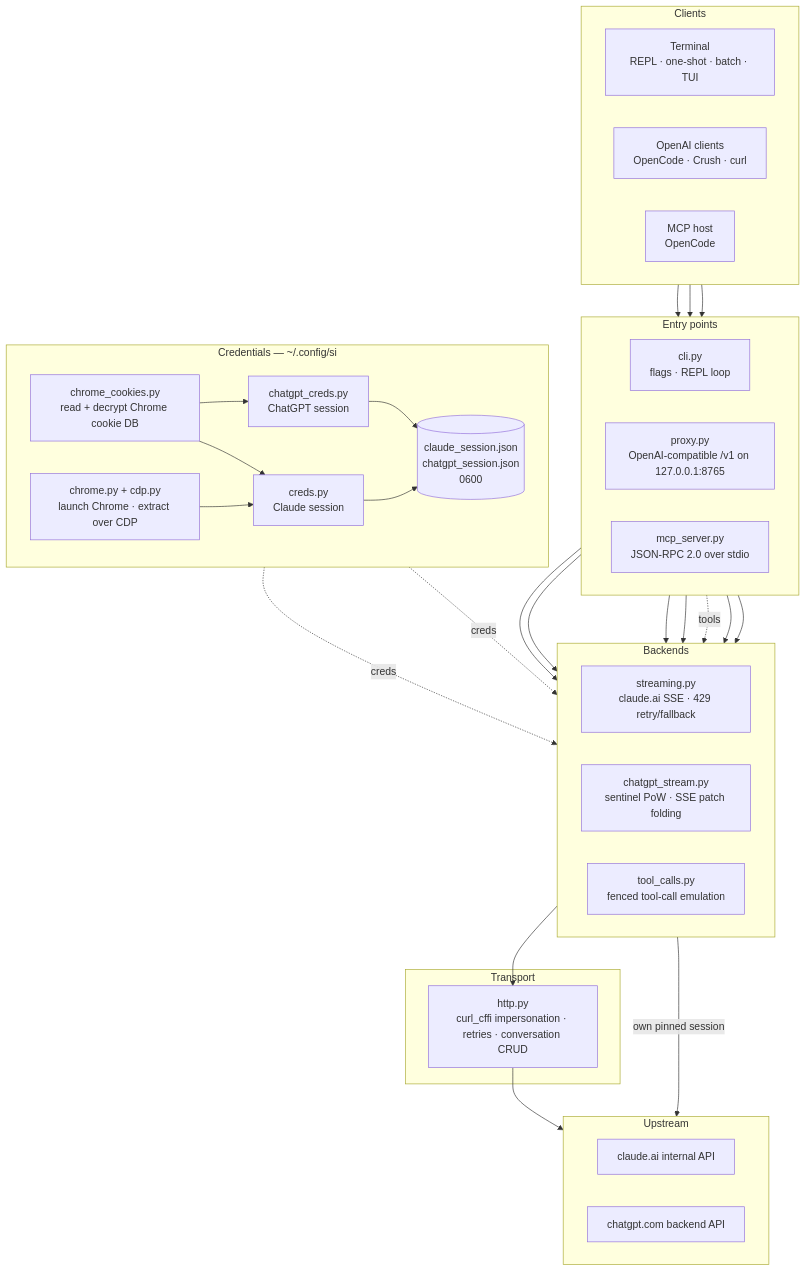
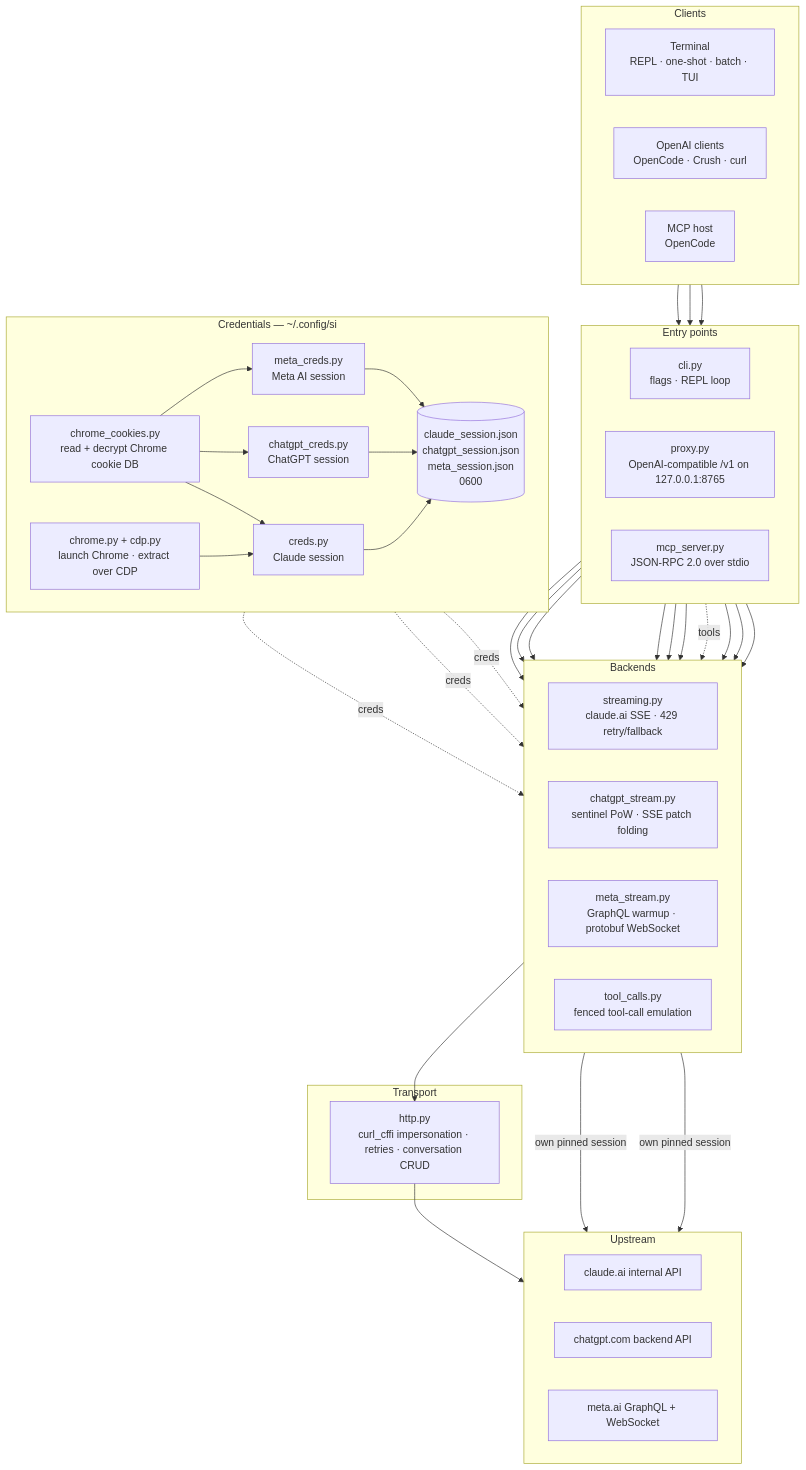
The diagram in README.md (two35s/reclaude), drawn with Mermaid before and after one commit. The commit also changed other lines of this file and 12 other files, not shown here.

Commit message:
Add Meta AI provider, Meta models, proxy rate limiting, and robustness fixes

````diff
--- a/README.md
+++ b/README.md
@@ -27,66 +27,76 @@
 ```mermaid
 flowchart TB
     subgraph clients["Clients"]
         direction LR
         term["Terminal<br/>REPL · one-shot · batch · TUI"]
         oai["OpenAI clients<br/>OpenCode · Crush · curl"]
         host["MCP host<br/>OpenCode"]
     end
 
     subgraph entry["Entry points"]
         direction LR
         cli["cli.py<br/>flags · REPL loop"]
         proxy["proxy.py<br/>OpenAI-compatible /v1 on 127.0.0.1:8765"]
         mcp["mcp_server.py<br/>JSON-RPC 2.0 over stdio"]
     end
 
     subgraph backends["Backends"]
         direction LR
         claude_be["streaming.py<br/>claude.ai SSE · 429 retry/fallback"]
         chatgpt_be["chatgpt_stream.py<br/>sentinel PoW · SSE patch folding"]
+        meta_be["meta_stream.py<br/>GraphQL warmup · protobuf WebSocket"]
         tools["tool_calls.py<br/>fenced tool-call emulation"]
     end
 
     subgraph transport["Transport"]
         http["http.py<br/>curl_cffi impersonation · retries · conversation CRUD"]
     end
 
     subgraph creds["Credentials — ~/.config/si"]
         direction LR
         cookies["chrome_cookies.py<br/>read + decrypt Chrome cookie DB"]
         cdp["chrome.py + cdp.py<br/>launch Chrome · extract over CDP"]
         claude_creds["creds.py<br/>Claude session"]
         chatgpt_creds["chatgpt_creds.py<br/>ChatGPT session"]
-        store[("claude_session.json<br/>chatgpt_session.json<br/>0600")]
+        meta_creds["meta_creds.py<br/>Meta AI session"]
+        store[("claude_session.json<br/>chatgpt_session.json<br/>meta_session.json<br/>0600")]
     end
 
     subgraph upstream["Upstream"]
         direction LR
         claude_api["claude.ai internal API"]
         chatgpt_api["chatgpt.com backend API"]
+        meta_api["meta.ai GraphQL + WebSocket"]
     end
 
     term --> cli
     oai --> proxy
     host --> mcp
 
     cli --> claude_be
     cli --> chatgpt_be
+    cli --> meta_be
     proxy --> claude_be
     proxy --> chatgpt_be
+    proxy --> meta_be
     proxy -.->|tools| tools
     mcp --> claude_be
     mcp --> chatgpt_be
+    mcp --> meta_be
 
     claude_be --> http
     http --> claude_api
     chatgpt_be -->|own pinned session| chatgpt_api
+    meta_be -->|own pinned session| meta_api
 
     cookies --> claude_creds
     cookies --> chatgpt_creds
+    cookies --> meta_creds
     cdp --> claude_creds
     claude_creds --> store
     chatgpt_creds --> store
+    meta_creds --> store
     claude_creds -.->|creds| claude_be
     chatgpt_creds -.->|creds| chatgpt_be
+    meta_creds -.->|creds| meta_be
 ```
````
